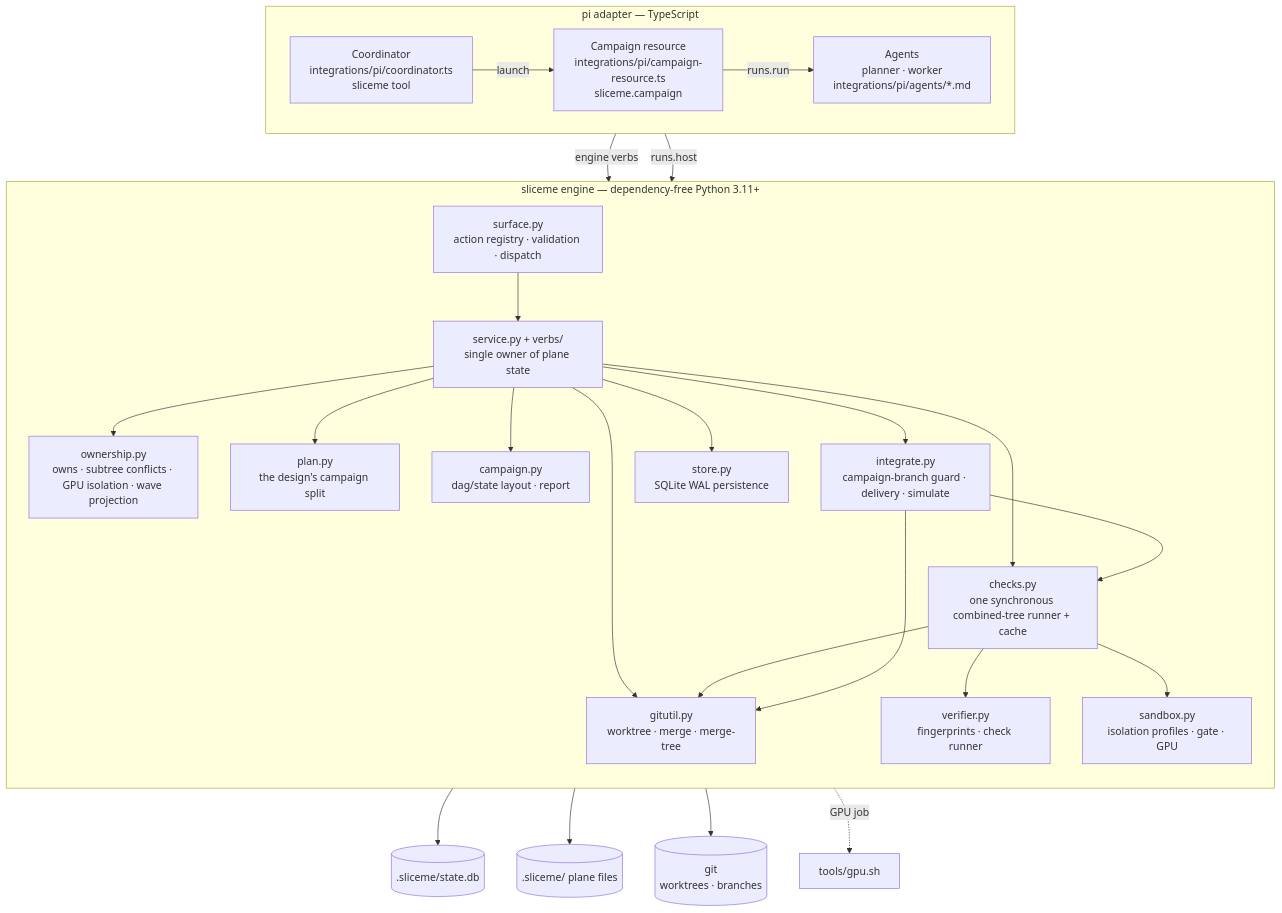
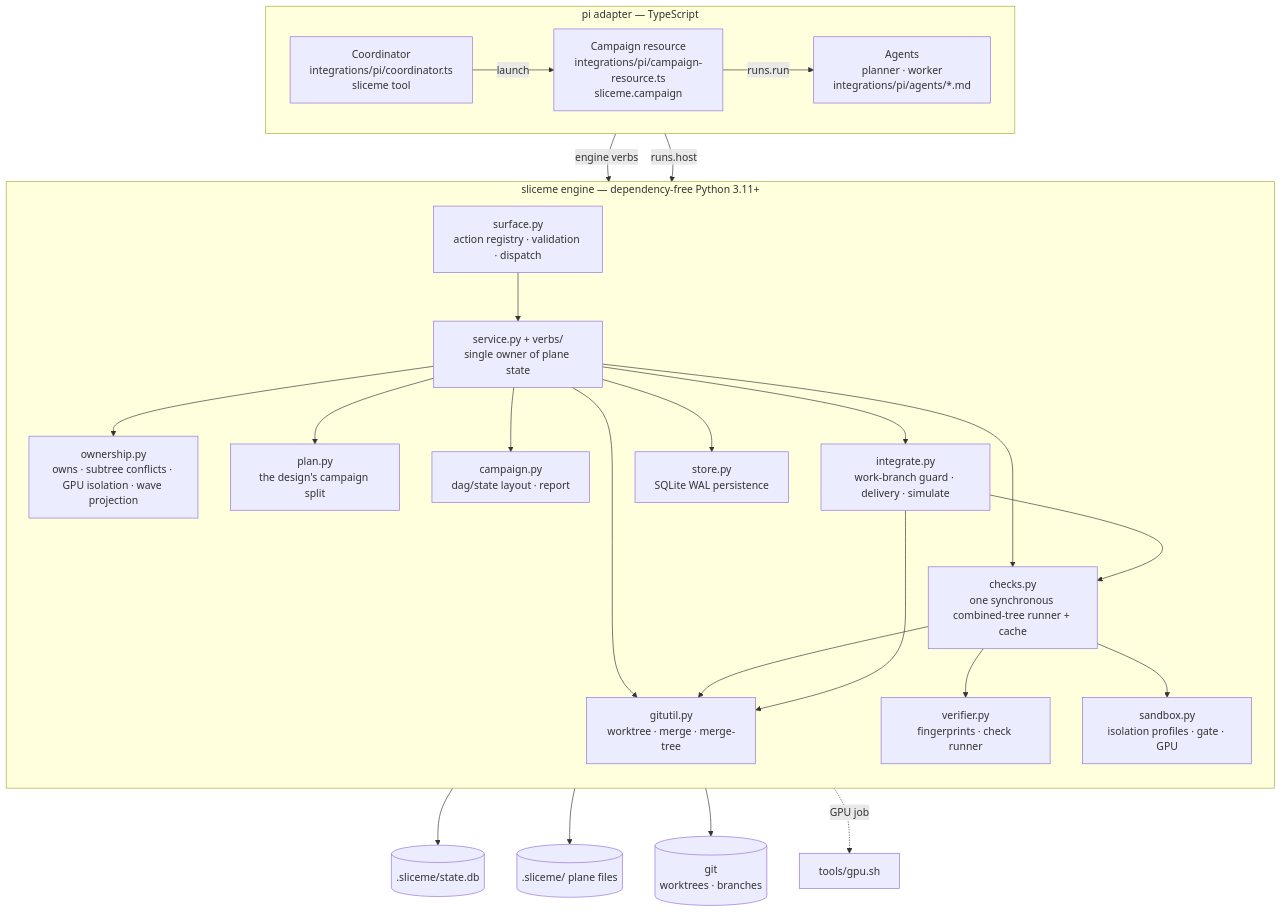
One commit to ming6ao/sliceme changed the second of 10 diagrams in docs/architecture.md. Above: the diagram before and after it, drawn with Mermaid. The commit also changed other lines of this file and 58 other files, not shown here.

````diff
--- a/docs/architecture.md
+++ b/docs/architecture.md
@@ -76,50 +76,50 @@
 ```mermaid
 flowchart TB
   subgraph adapter["pi adapter — TypeScript"]
     direction LR
     CO["Coordinator<br/>integrations/pi/coordinator.ts<br/>sliceme tool"]
     RS["Campaign resource<br/>integrations/pi/campaign-resource.ts<br/>sliceme.campaign"]
     SA["Agents<br/>planner · worker<br/>integrations/pi/agents/*.md"]
   end
 
   subgraph engine["sliceme engine — dependency-free Python 3.11+"]
     direction TB
     SU["surface.py<br/>action registry · validation · dispatch"]
     SE["service.py + verbs/<br/>single owner of plane state"]
     OW["ownership.py<br/>owns · subtree conflicts · GPU isolation · wave projection"]
     PL["plan.py<br/>the design's campaign split"]
     CA["campaign.py<br/>dag/state layout · report"]
     VE["verifier.py<br/>fingerprints · check runner"]
     SB["sandbox.py<br/>isolation profiles · gate · GPU"]
     CH["checks.py<br/>one synchronous combined-tree runner + cache"]
-    IN["integrate.py<br/>campaign-branch guard · delivery · simulate"]
+    IN["integrate.py<br/>work-branch guard · delivery · simulate"]
     GU["gitutil.py<br/>worktree · merge · merge-tree"]
     STO["store.py<br/>SQLite WAL persistence"]
   end
 
   STATE[(".sliceme/state.db")]
   FILES[(".sliceme/ plane files")]
   GIT[("git<br/>worktrees · branches")]
 
   CO -->|"engine verbs"| SU
   CO -->|"launch"| RS
   RS -->|"runs.run"| SA
   RS -->|"runs.host"| SU
   SU --> SE
   SE --> OW
   SE --> PL
   SE --> CA
   SE --> IN
   SE --> CH
   SE --> GU
   CH --> VE
   CH --> SB
   CH --> GU
   IN --> GU
   IN --> CH
   SE --> STO
   STO --> STATE
   CA --> FILES
   GU --> GIT
   SB -.->|"GPU job"| GPU["tools/gpu.sh"]
 ```
````
